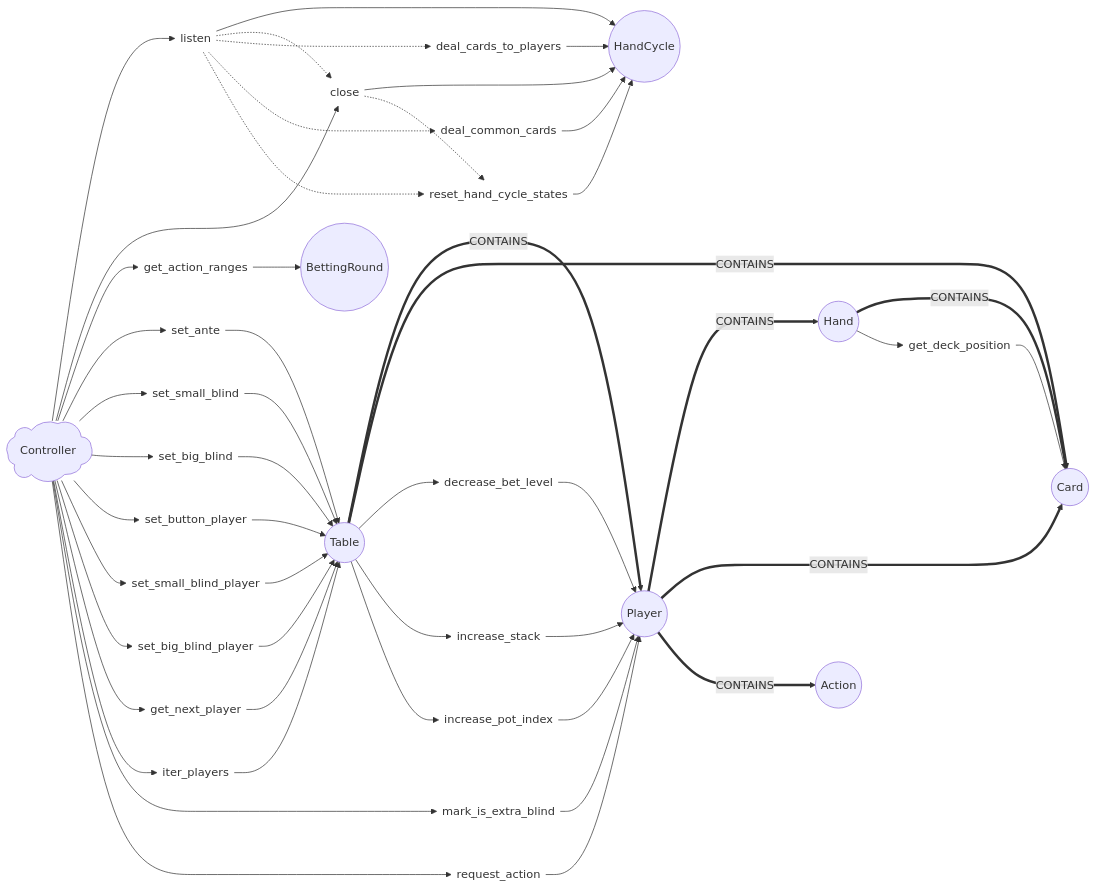
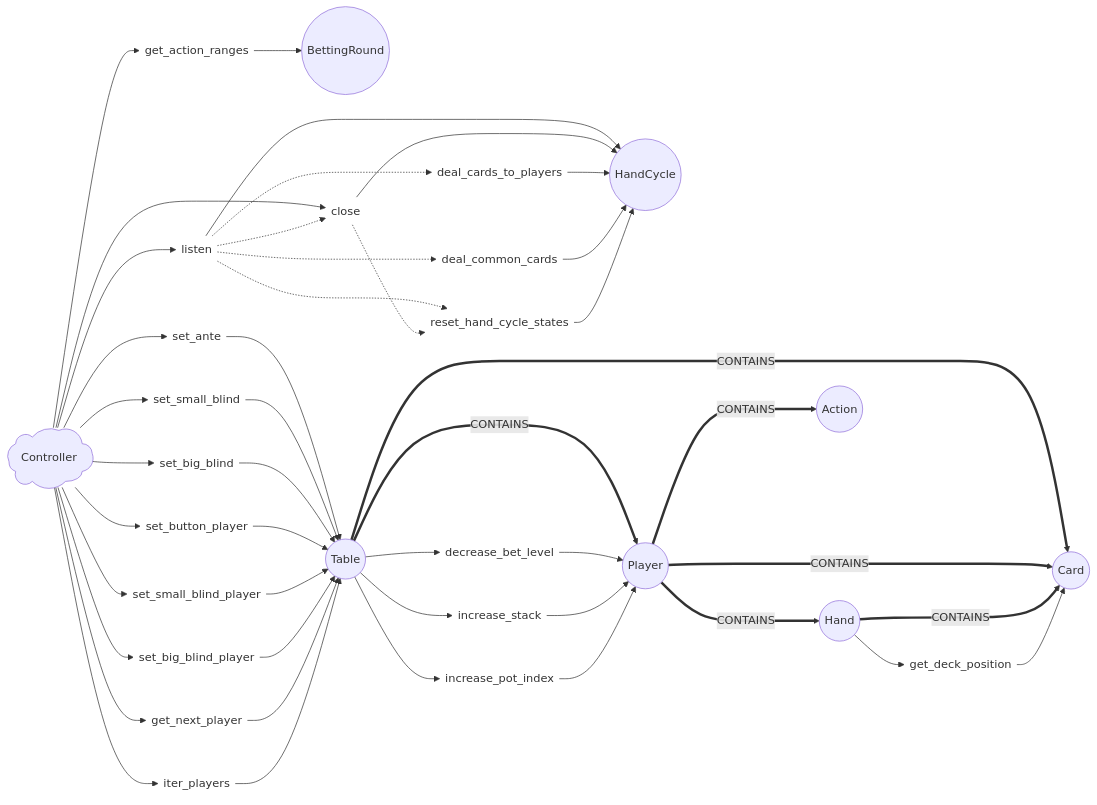
Before and after one commit to jorsaland/pokerpy: the second of 4 diagrams in MODEL.md, drawn with Mermaid. The commit also changed other lines of this file and 1 other file, not shown here.

Commit message:
fix: updated MODEL.md and unit tests for Player removing deprecated methods

```diff
--- a/MODEL.md
+++ b/MODEL.md
@@ -199,11 +199,9 @@
     T.get_next_player(get_next_player)@{ shape: text } --> T
     T.iter_players(iter_players)@{ shape: text } --> T
 
-    P.request_action(request_action)@{ shape: text } --> P
     P.decrease_bet_level(decrease_bet_level)@{ shape: text } --> P
     P.increase_stack(increase_stack)@{ shape: text } --> P
     P.increase_pot_index(increase_pot_index)@{ shape: text } --> P
-    P.mark_is_extra_blind(mark_is_extra_blind)@{ shape: text } --> P
 
     Cd.get_deck_position(get_deck_position)@{ shape: text } --> Cd
 
@@ -225,9 +223,6 @@
     C --> T.get_next_player
     C --> T.iter_players
 
-    C --> P.mark_is_extra_blind
-    C --> P.request_action
-
     T --> P.decrease_bet_level
     T --> P.increase_stack
     T --> P.increase_pot_index
```
